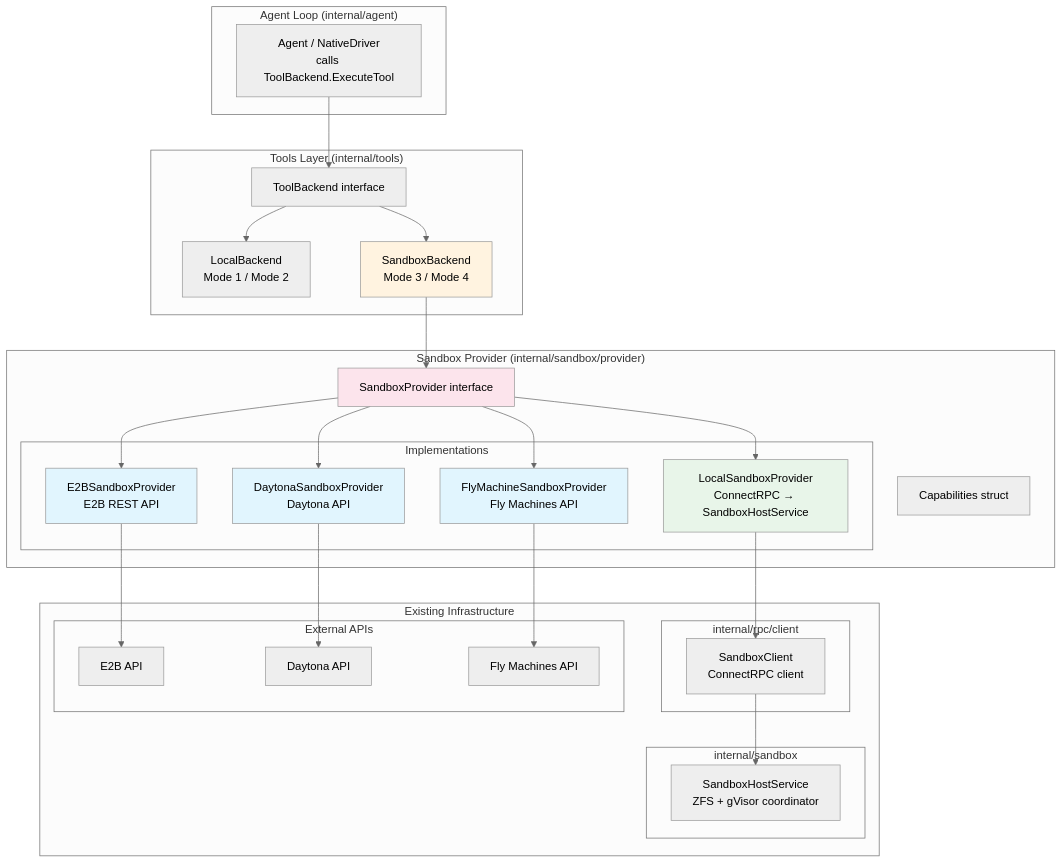
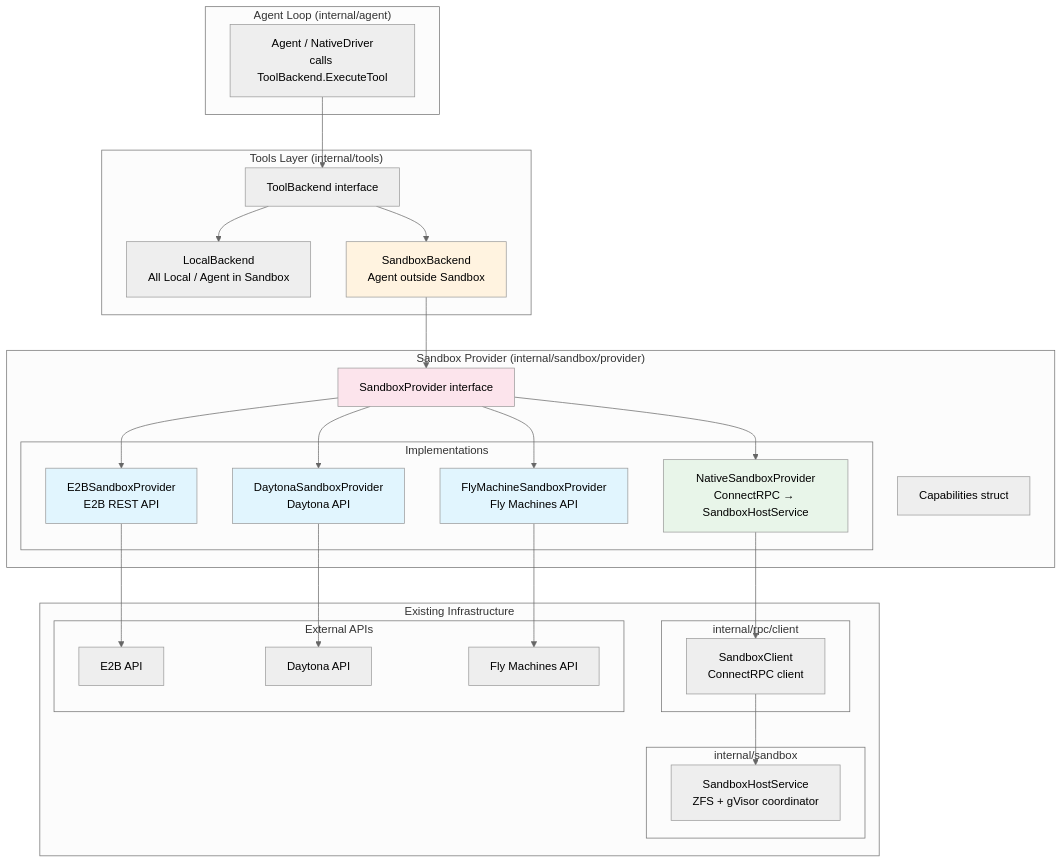
One commit to dcosson/flex-agent-runtime changed the first of 2 diagrams in docs/plans/11-sandbox-host-service.add01.md. Above: the diagram before and after it, drawn with Mermaid (neutral theme). The commit also changed other lines of this file and 1 other file, not shown here.

First line of the commit message:
Rename LocalSandboxProvider to NativeSandboxProvider and fix placement mode names

````diff
--- a/docs/plans/11-sandbox-host-service.add01.md
+++ b/docs/plans/11-sandbox-host-service.add01.md
@@ -37,59 +37,59 @@
 ```mermaid
 graph TB
     subgraph "Agent Loop (internal/agent)"
         agent[Agent / NativeDriver<br/>calls ToolBackend.ExecuteTool]
     end
 
     subgraph "Tools Layer (internal/tools)"
         tb[ToolBackend interface]
-        lb[LocalBackend<br/>Mode 1 / Mode 2]
-        sb[SandboxBackend<br/>Mode 3 / Mode 4]
+        lb[LocalBackend<br/>All Local / Agent in Sandbox]
+        sb[SandboxBackend<br/>Agent outside Sandbox]
     end
 
     subgraph "Sandbox Provider (internal/sandbox/provider)"
         iface[SandboxProvider interface]
         caps[Capabilities struct]
 
         subgraph "Implementations"
-            local[LocalSandboxProvider<br/>ConnectRPC → SandboxHostService]
+            local[NativeSandboxProvider<br/>ConnectRPC → SandboxHostService]
             e2b[E2BSandboxProvider<br/>E2B REST API]
             daytona[DaytonaSandboxProvider<br/>Daytona API]
             fly[FlyMachineSandboxProvider<br/>Fly Machines API]
         end
     end
 
     subgraph "Existing Infrastructure"
         subgraph "internal/rpc/client"
             rpcclient[SandboxClient<br/>ConnectRPC client]
         end
         subgraph "internal/sandbox"
             shs[SandboxHostService<br/>ZFS + gVisor coordinator]
         end
         subgraph "External APIs"
             e2bapi[E2B API]
             dayapi[Daytona API]
             flyapi[Fly Machines API]
         end
     end
 
     agent --> tb
     tb --> lb
     tb --> sb
     sb --> iface
     iface --> local
     iface --> e2b
     iface --> daytona
     iface --> fly
     local --> rpcclient
     rpcclient --> shs
     e2b --> e2bapi
     daytona --> dayapi
     fly --> flyapi
 
     style iface fill:#fce4ec
     style local fill:#e8f5e9
     style e2b fill:#e1f5fe
     style daytona fill:#e1f5fe
     style fly fill:#e1f5fe
     style sb fill:#fff3e0
 ```
````
